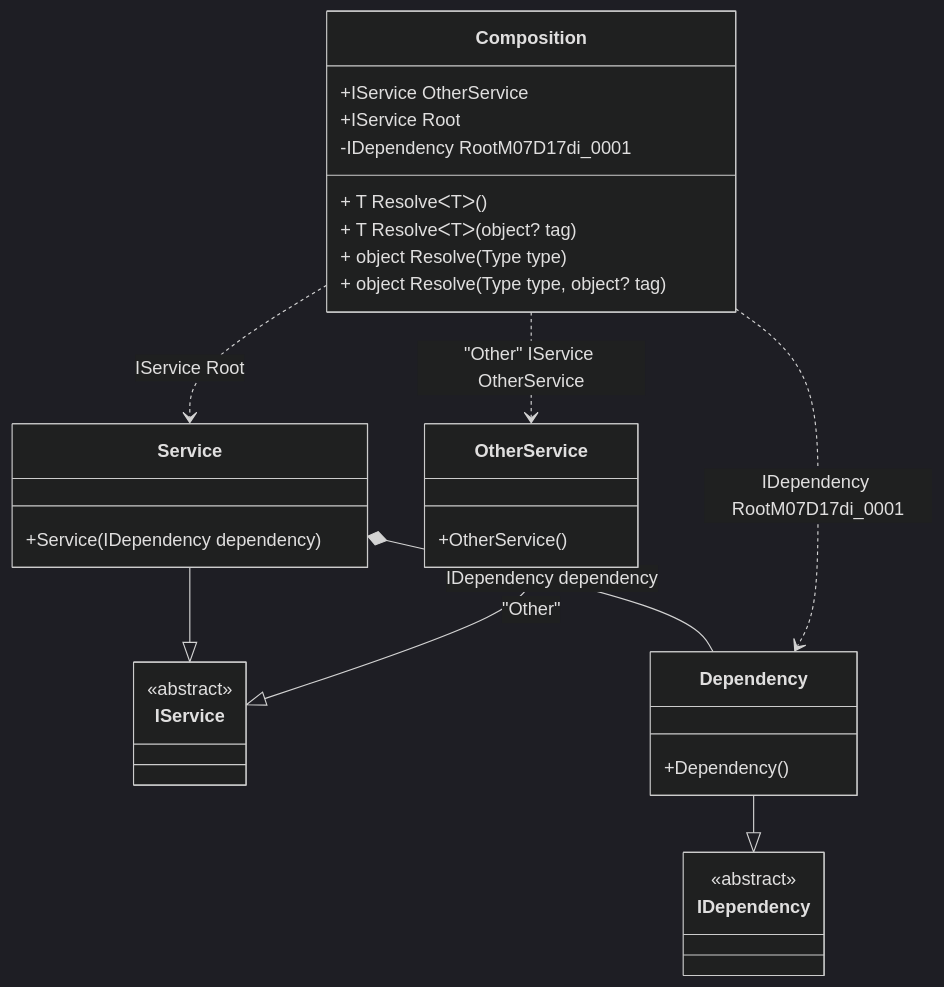
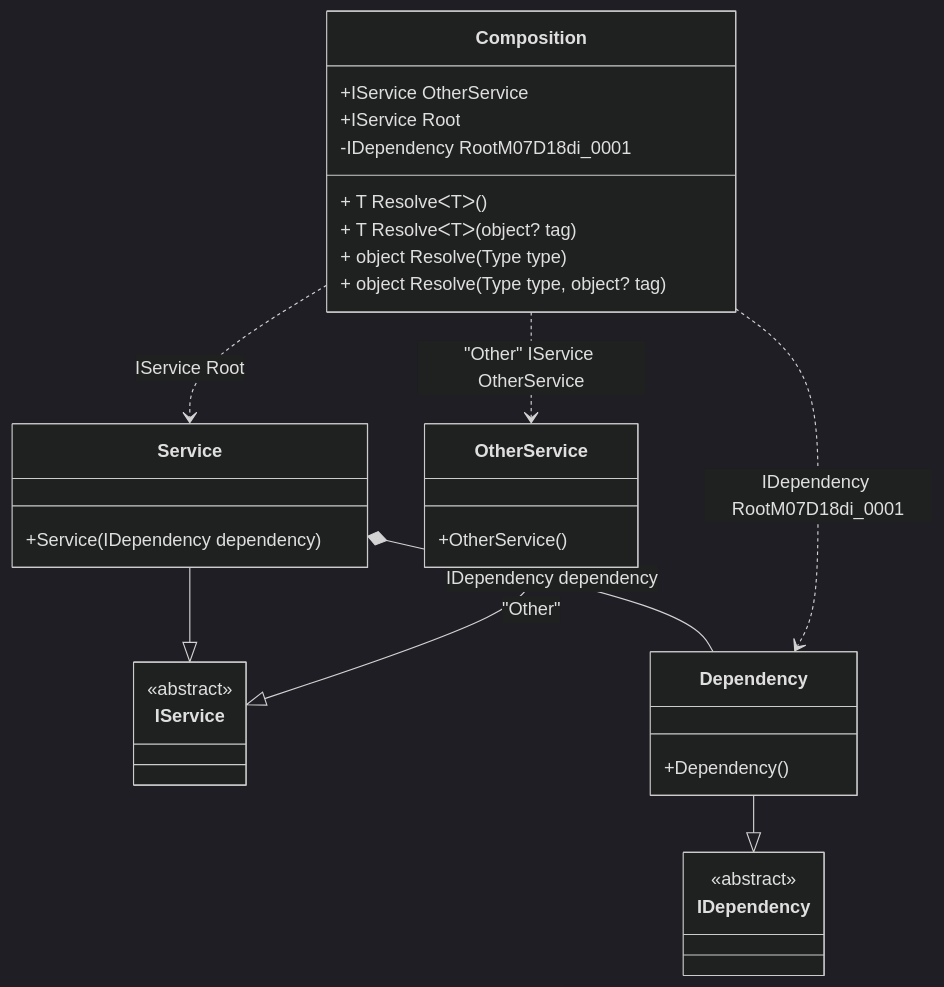
The diagram in readme/composition-root.md (DevTeam/Pure.DI), drawn with Mermaid (dark theme) before and after one commit. The commit also changed other lines of this file and 49 other files, not shown here.

````diff
--- a/readme/composition-root.md
+++ b/readme/composition-root.md
@@ -43,34 +43,34 @@
 ```mermaid
 classDiagram
   class Composition {
     +IService OtherService
     +IService Root
-    -IDependency RootM07D17di_0001
+    -IDependency RootM07D18di_0001
     + T ResolveᐸTᐳ()
     + T ResolveᐸTᐳ(object? tag)
     + object Resolve(Type type)
     + object Resolve(Type type, object? tag)
   }
   Service --|> IService : 
   class Service {
     +Service(IDependency dependency)
   }
   Dependency --|> IDependency : 
   class Dependency {
     +Dependency()
   }
   OtherService --|> IService : "Other" 
   class OtherService {
     +OtherService()
   }
   class IService {
     <<abstract>>
   }
   class IDependency {
     <<abstract>>
   }
   Service *--  Dependency : IDependency dependency
-  Composition ..> Dependency : IDependency RootM07D17di_0001
+  Composition ..> Dependency : IDependency RootM07D18di_0001
   Composition ..> Service : IService Root
   Composition ..> OtherService : "Other" IService OtherService
 ```
````
